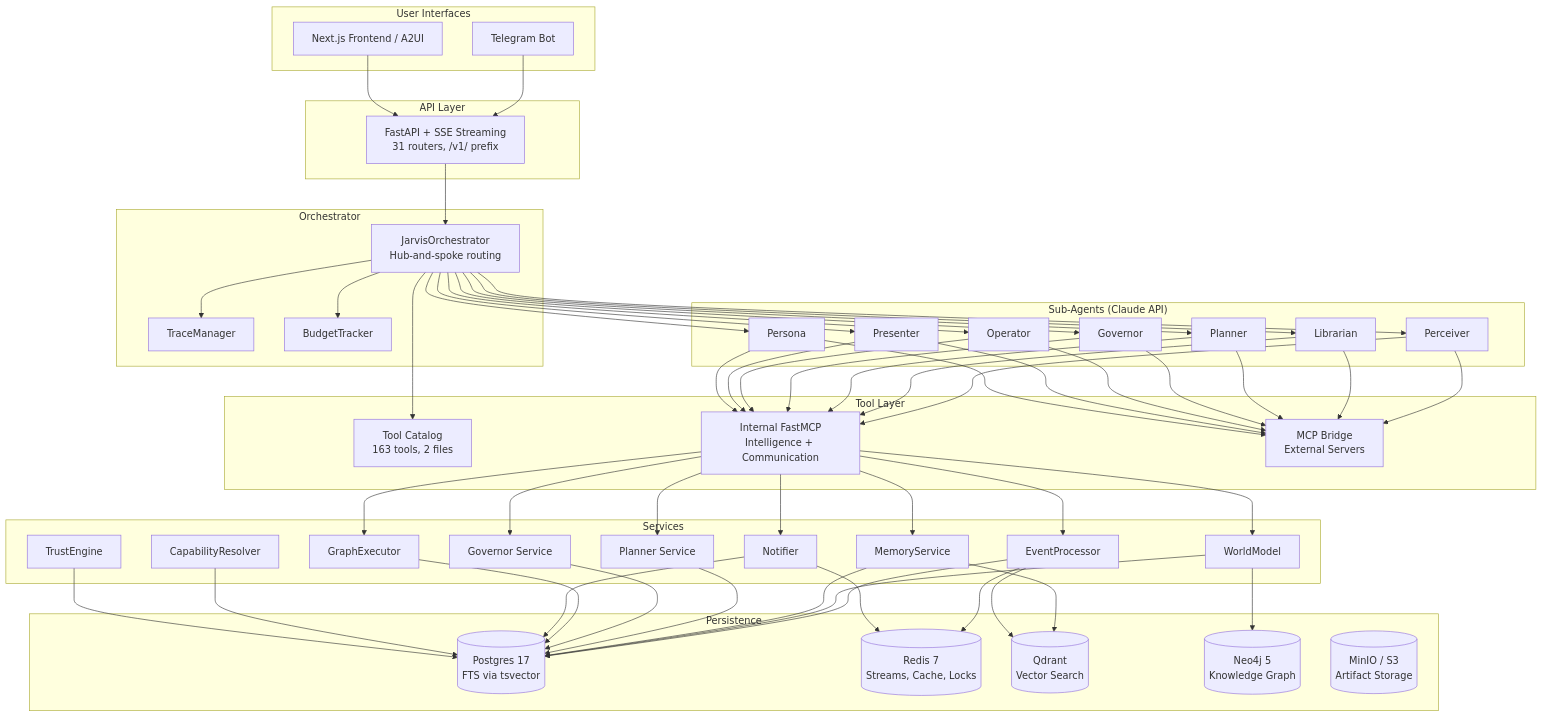
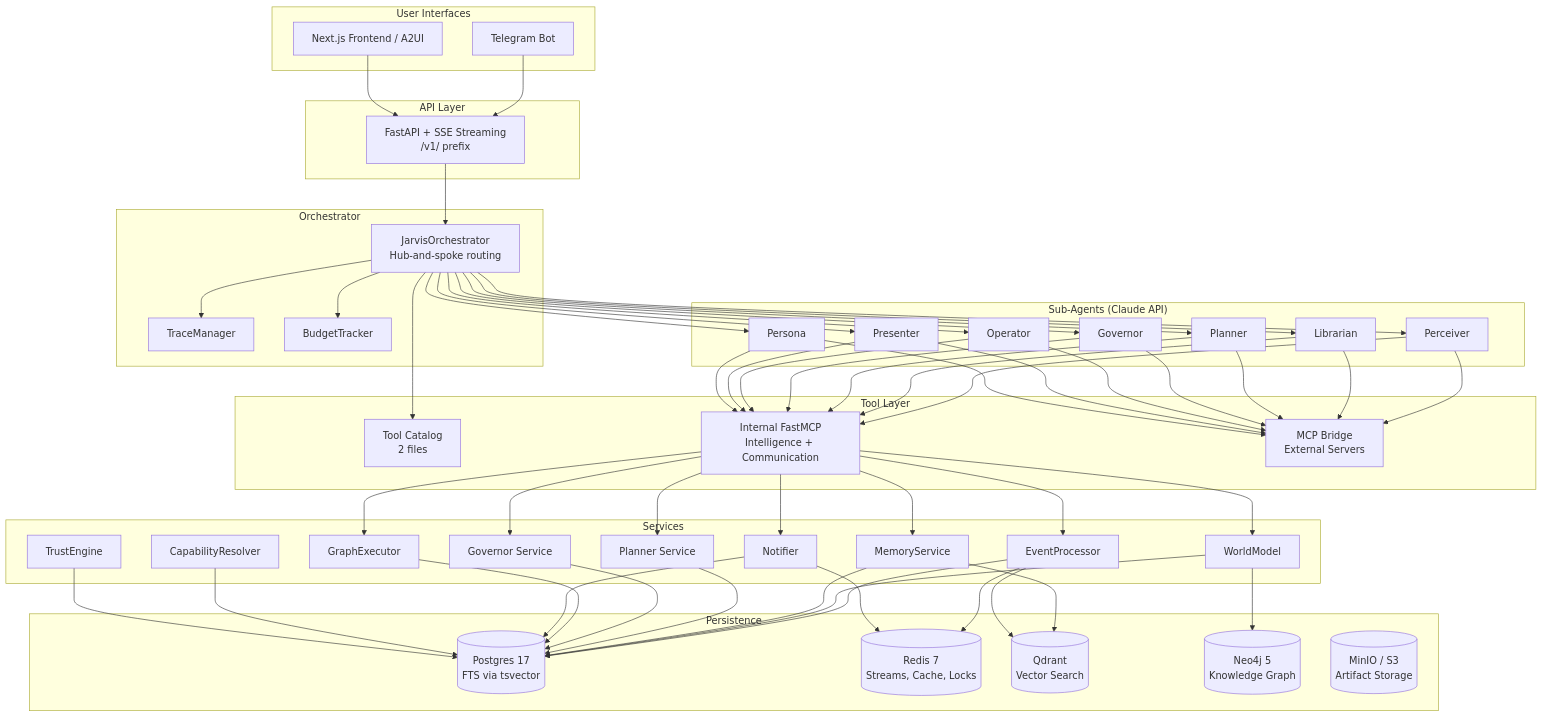
Before and after one commit to shivadharmi/muldro: the first of 2 diagrams in docs/architecture/overview.md, drawn with Mermaid. The commit also changed other lines of this file and 13 other files, not shown here.

````diff
--- a/docs/architecture/overview.md
+++ b/docs/architecture/overview.md
@@ -15,68 +15,68 @@
 ```mermaid
 graph TB
     subgraph "User Interfaces"
         TG[Telegram Bot]
         WEB[Next.js Frontend / A2UI]
     end
 
     subgraph "API Layer"
-        API[FastAPI + SSE Streaming<br/>31 routers, /v1/ prefix]
+        API[FastAPI + SSE Streaming<br/>/v1/ prefix]
     end
 
     subgraph "Orchestrator"
         ORCH[JarvisOrchestrator<br/>Hub-and-spoke routing]
         TRACE[TraceManager]
         BUDGET[BudgetTracker]
     end
 
     subgraph "Sub-Agents (Claude API)"
         PCV[Perceiver]
         LIB[Librarian]
         PLN[Planner]
         GOV[Governor]
         OPR[Operator]
         PRS[Presenter]
         PER[Persona]
     end
 
     subgraph "Tool Layer"
-        CAT[Tool Catalog<br/>163 tools, 2 files]
+        CAT[Tool Catalog<br/>2 files]
         INT[Internal FastMCP<br/>Intelligence + Communication]
         MCP[MCP Bridge<br/>External Servers]
     end
 
     subgraph "Services"
         EP[EventProcessor]
         WM[WorldModel]
         MS[MemoryService]
         PL[Planner Service]
         GV[Governor Service]
         GE[GraphExecutor]
         NT[Notifier]
         CR[CapabilityResolver]
         TE[TrustEngine]
     end
 
     subgraph "Persistence"
         PG[(Postgres 17<br/>FTS via tsvector)]
         RD[(Redis 7<br/>Streams, Cache, Locks)]
         QD[(Qdrant<br/>Vector Search)]
         N4J[(Neo4j 5<br/>Knowledge Graph)]
         S3[(MinIO / S3<br/>Artifact Storage)]
     end
 
     TG --> API
     WEB --> API
     API --> ORCH
     ORCH --> PCV & LIB & PLN & GOV & OPR & PRS & PER
     ORCH --> TRACE & BUDGET
     PCV & LIB & PLN & GOV & OPR & PRS & PER --> INT
     PCV & LIB & PLN & GOV & OPR & PRS & PER --> MCP
     INT --> EP & WM & MS & PL & GV & GE & NT
     ORCH --> CAT
     EP & WM & MS & PL & GV & GE & NT & CR & TE --> PG
     EP & NT --> RD
     WM --> N4J
     MS --> QD
     EP --> QD
 ```
````
